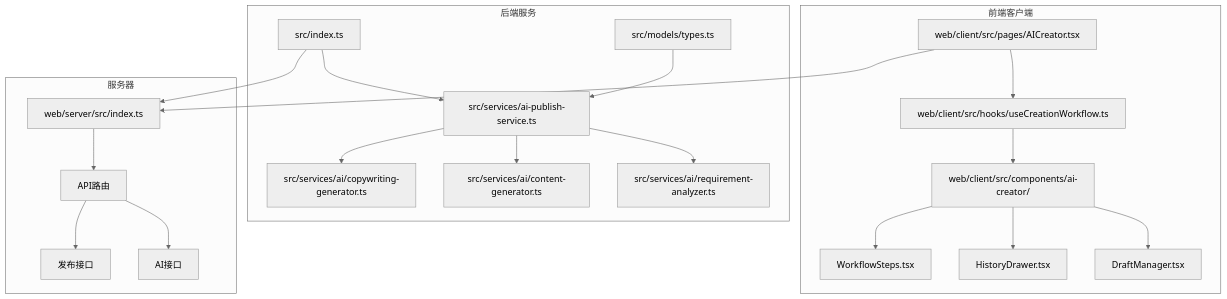
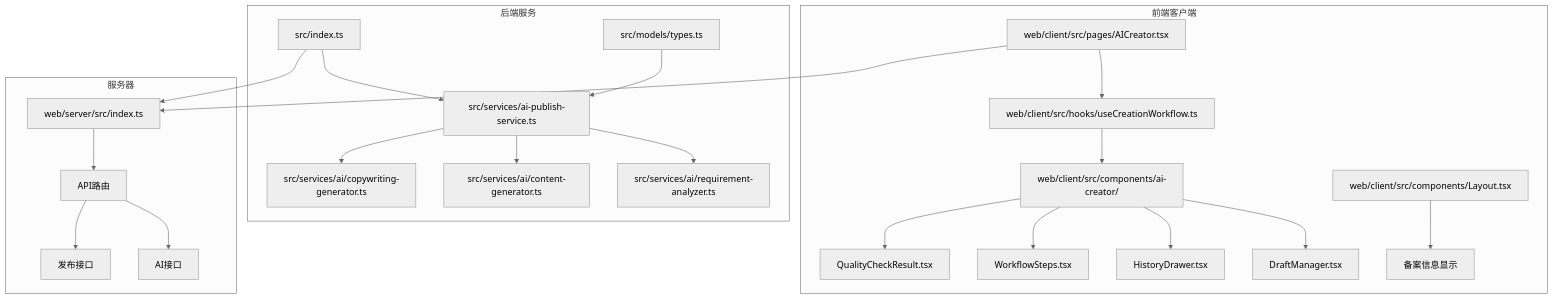
One commit to songdiyang/clawOperations changed the first of 10 diagrams in .qoder/repowiki/zh/content/AI创作页面增强.md. Above: the diagram before and after it, drawn with Mermaid (neutral theme). The commit also changed other lines of this file and 7 other files, not shown here.

````diff
--- a/.qoder/repowiki/zh/content/AI创作页面增强.md
+++ b/.qoder/repowiki/zh/content/AI创作页面增强.md
@@ -48,24 +57,26 @@
 ```mermaid
 graph TB
 subgraph "后端服务"
 A[src/index.ts] --> B[src/services/ai-publish-service.ts]
 B --> C[src/services/ai/requirement-analyzer.ts]
 B --> D[src/services/ai/content-generator.ts]
 B --> E[src/services/ai/copywriting-generator.ts]
 F[src/models/types.ts] --> B
 end
 subgraph "前端客户端"
 G[web/client/src/pages/AICreator.tsx] --> H[web/client/src/hooks/useCreationWorkflow.ts]
 H --> I[web/client/src/components/ai-creator/]
 I --> J[DraftManager.tsx]
 I --> K[HistoryDrawer.tsx]
 I --> L[WorkflowSteps.tsx]
+I --> M[QualityCheckResult.tsx]
+N[web/client/src/components/Layout.tsx] --> O[备案信息显示]
 end
 subgraph "服务器"
-M[web/server/src/index.ts] --> N[API路由]
-N --> O[AI接口]
-N --> P[发布接口]
+P[web/server/src/index.ts] --> Q[API路由]
+Q --> R[AI接口]
+Q --> S[发布接口]
 end
-A --> M
-G --> M
+A --> P
+G --> P
 ```
````
